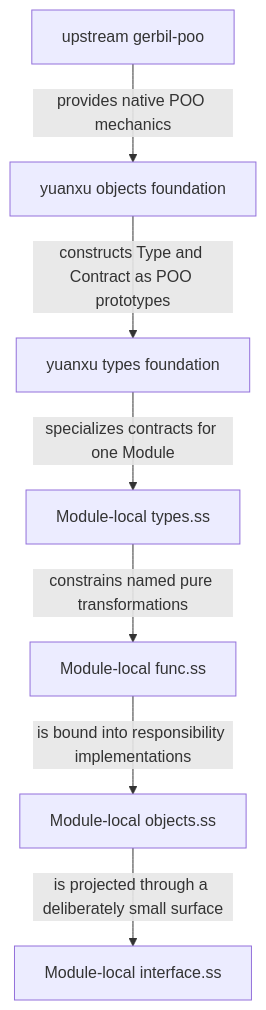
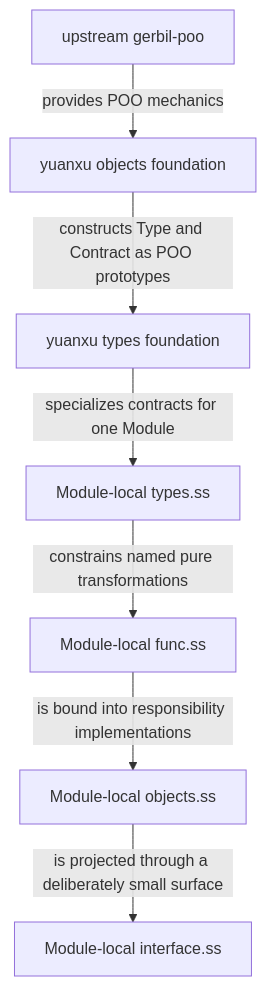
Before and after one commit to tao3k/gebril-yuanxu: the second of 4 diagrams in module-system/design/45-120-02-module-local-functional-kernel-governance.org, drawn with Mermaid. The commit also changed other lines of this file and 1469 other files, not shown here.

```diff
--- a/module-system/design/45-120-02-module-local-functional-kernel-governance.org
+++ b/module-system/design/45-120-02-module-local-functional-kernel-governance.org
@@ -79,9 +79,9 @@
 #+begin_src mermaid
 flowchart TB
-  U["upstream gerbil-poo"] -->|"provides native POO mechanics"| CO["yuanxu objects foundation"]
+  U["upstream gerbil-poo"] -->|"provides POO mechanics"| CO["yuanxu objects foundation"]
   CO -->|"constructs Type and Contract as POO prototypes"| CT["yuanxu types foundation"]
   CT -->|"specializes contracts for one Module"| MT["Module-local types.ss"]
   MT -->|"constrains named pure transformations"| MF["Module-local func.ss"]
   MF -->|"is bound into responsibility implementations"| MO["Module-local objects.ss"]
   MO -->|"is projected through a deliberately small surface"| MI["Module-local interface.ss"]
 #+end_src
```
